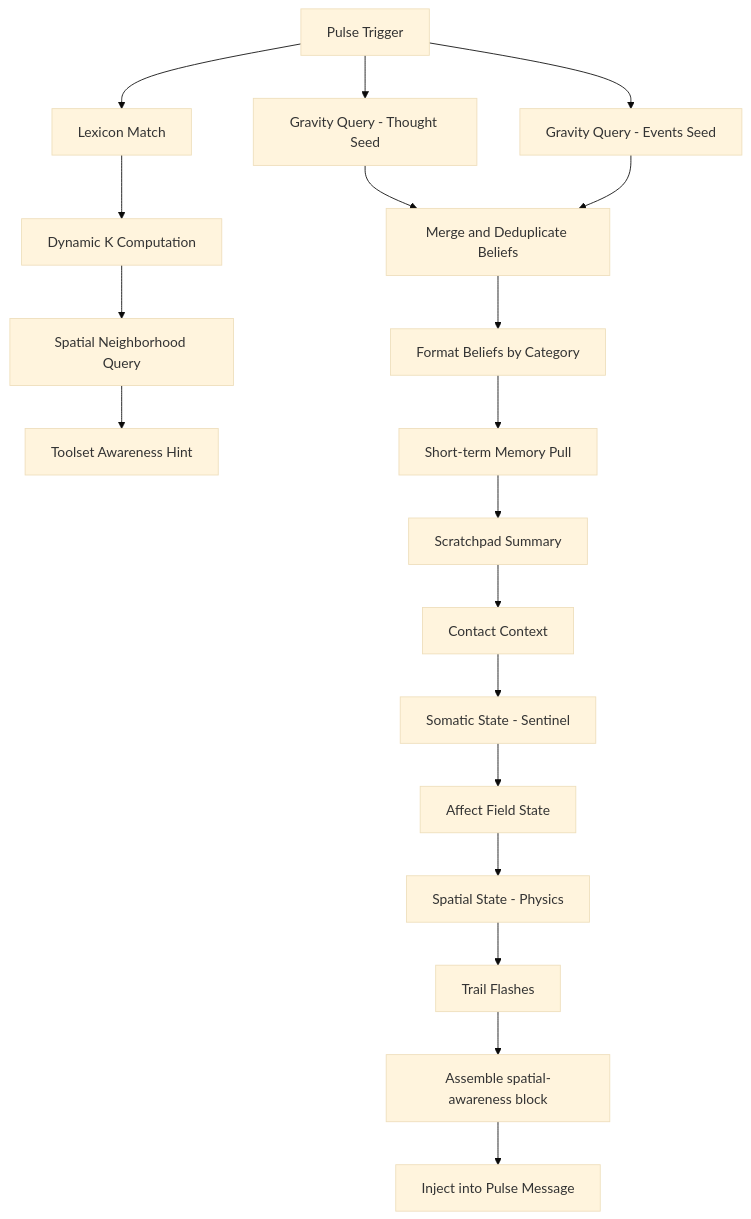
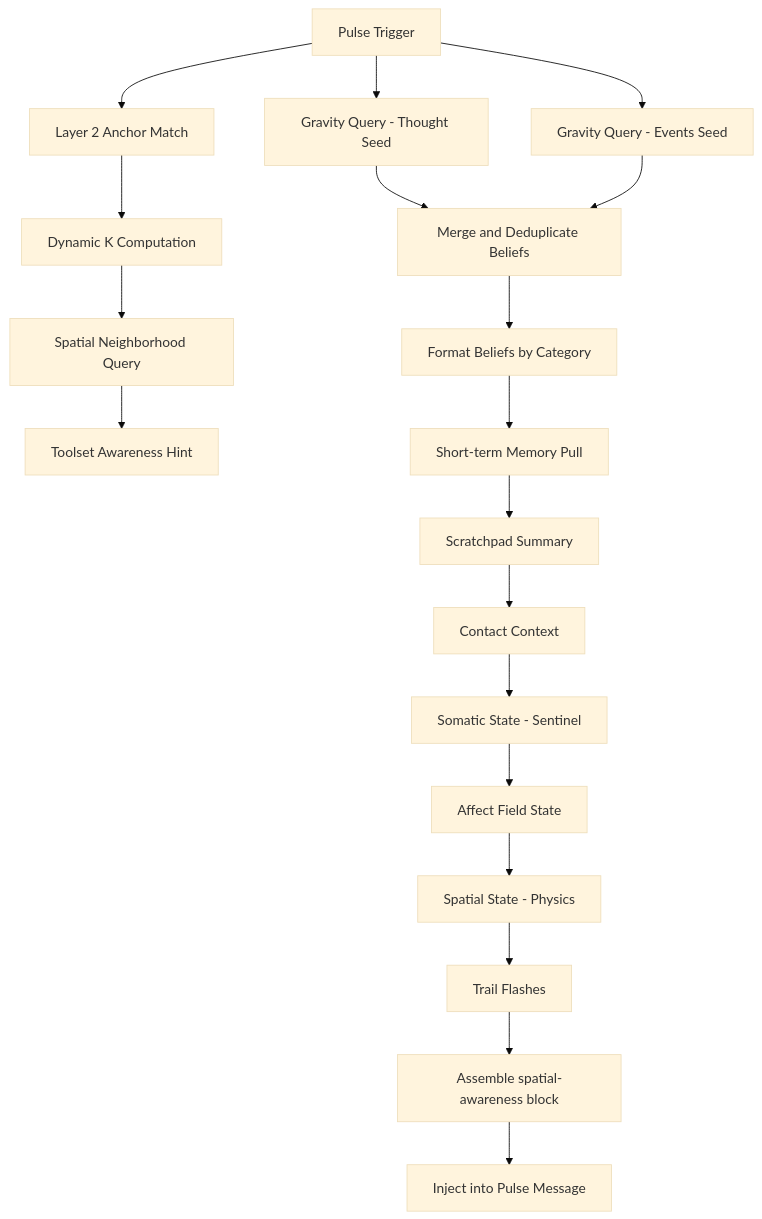
One commit to munch2u-a11y/Helix-AGI changed the diagram in documents/audits/audit_preconscious.md. Above: the diagram before and after it, drawn with Mermaid (base theme). The commit also changed other lines of this file and 6 other files, not shown here.

Commit message:
Update technical audits to align with 2-Tier Epistemic Architecture and Layer 2 Anchoring

````diff
--- a/documents/audits/audit_preconscious.md
+++ b/documents/audits/audit_preconscious.md
@@ -171,21 +171,21 @@
 ```mermaid
 flowchart TD
-    A[Pulse Trigger] --> B[Lexicon Match]
+    A[Pulse Trigger] --> B[Layer 2 Anchor Match]
     B --> C[Dynamic K Computation]
     C --> D[Spatial Neighborhood Query]
     D --> E[Toolset Awareness Hint]
     A --> F[Gravity Query - Thought Seed]
     A --> G[Gravity Query - Events Seed]
     F --> H[Merge and Deduplicate Beliefs]
     G --> H
     H --> I[Format Beliefs by Category]
     I --> J[Short-term Memory Pull]
     J --> K[Scratchpad Summary]
     K --> L[Contact Context]
     L --> M[Somatic State - Sentinel]
     M --> N[Affect Field State]
     N --> O[Spatial State - Physics]
     O --> P[Trail Flashes]
     P --> Q["Assemble spatial-awareness block"]
     Q --> R[Inject into Pulse Message]
 ```
````
